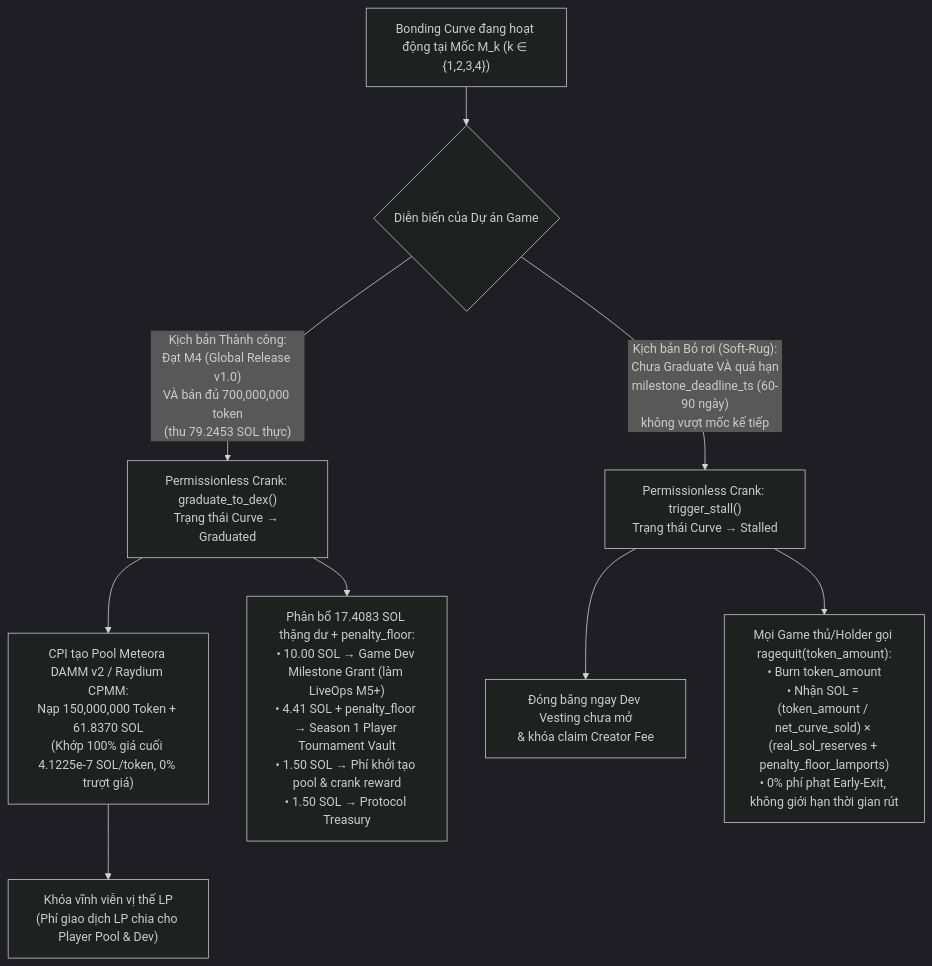
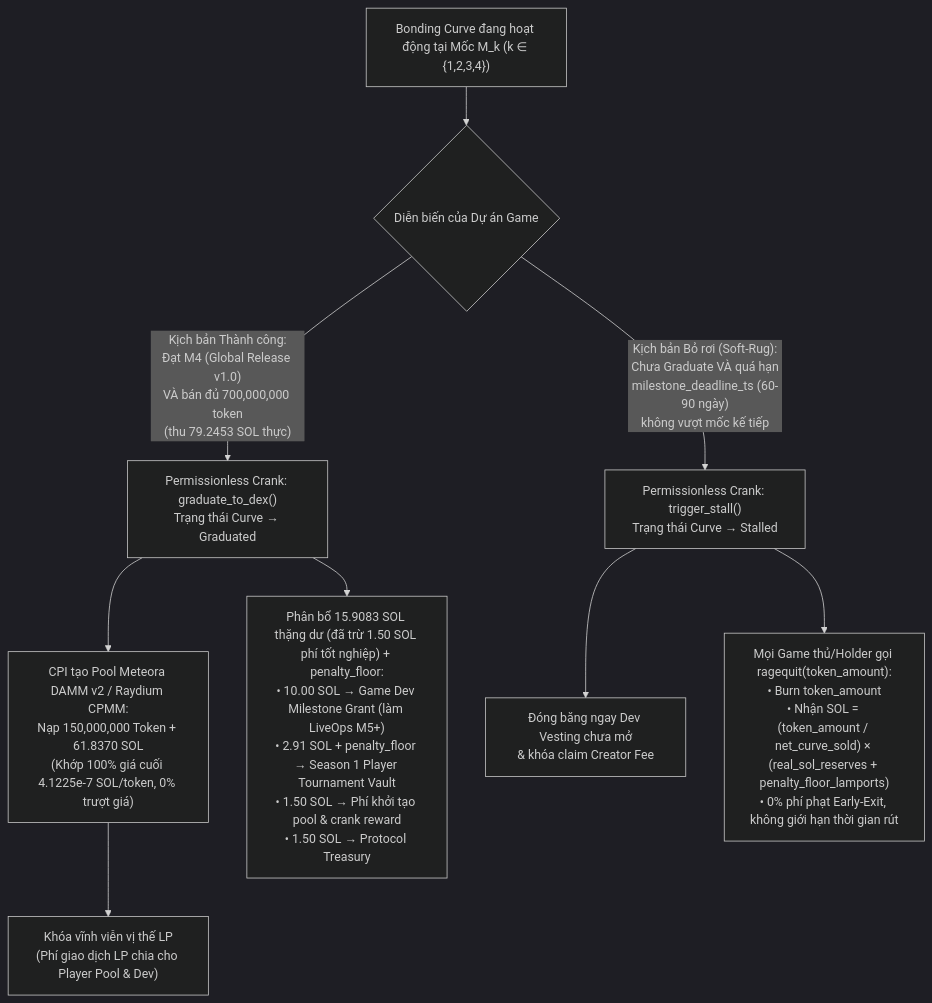
The eighth of 8 diagrams in docs/01-user-flows-and-ux.md (khanhlegood1/GameFun), drawn with Mermaid (dark theme) before and after one commit. The commit also changed 10 other files, not shown here.

````diff
--- a/docs/01-user-flows-and-ux.md
+++ b/docs/01-user-flows-and-ux.md
@@ -287,14 +287,14 @@
 ```mermaid
 flowchart TD
     CurveActive["Bonding Curve đang hoạt động tại Mốc M_k (k ∈ {1,2,3,4})"]
     CurveActive --> CheckPath{"Diễn biến của Dự án Game"}
 
     CheckPath -- "Kịch bản Thành công:<br/>Đạt M4 (Global Release v1.0)<br/>VÀ bán đủ 700,000,000 token<br/>(thu 79.2453 SOL thực)" --> Grad["Permissionless Crank: graduate_to_dex()<br/>Trạng thái Curve → Graduated"]
     Grad --> LP["CPI tạo Pool Meteora DAMM v2 / Raydium CPMM:<br/>Nạp 150,000,000 Token + 61.8370 SOL<br/>(Khớp 100% giá cuối 4.1225e-7 SOL/token, 0% trượt giá)"]
     LP --> LockLP["Khóa vĩnh viễn vị thế LP<br/>(Phí giao dịch LP chia cho Player Pool & Dev)"]
-    Grad --> SplitSurplus["Phân bổ 17.4083 SOL thặng dư + penalty_floor:<br/>• 10.00 SOL → Game Dev Milestone Grant (làm LiveOps M5+)<br/>• 4.41 SOL + penalty_floor → Season 1 Player Tournament Vault<br/>• 1.50 SOL → Phí khởi tạo pool & crank reward<br/>• 1.50 SOL → Protocol Treasury"]
+    Grad --> SplitSurplus["Phân bổ 15.9083 SOL thặng dư (đã trừ 1.50 SOL phí tốt nghiệp) + penalty_floor:<br/>• 10.00 SOL → Game Dev Milestone Grant (làm LiveOps M5+)<br/>• 2.91 SOL + penalty_floor → Season 1 Player Tournament Vault<br/>• 1.50 SOL → Phí khởi tạo pool & crank reward<br/>• 1.50 SOL → Protocol Treasury"]
 
     CheckPath -- "Kịch bản Bỏ rơi (Soft-Rug):<br/>Chưa Graduate VÀ quá hạn<br/>milestone_deadline_ts (60-90 ngày)<br/>không vượt mốc kế tiếp" --> Stall["Permissionless Crank: trigger_stall()<br/>Trạng thái Curve → Stalled"]
     Stall --> FreezeDev["Đóng băng ngay Dev Vesting chưa mở<br/>& khóa claim Creator Fee"]
     Stall --> Ragequit["Mọi Game thủ/Holder gọi ragequit(token_amount):<br/>• Burn token_amount<br/>• Nhận SOL = (token_amount / net_curve_sold) × (real_sol_reserves + penalty_floor_lamports)<br/>• 0% phí phạt Early-Exit, không giới hạn thời gian rút"]
 ```
````
